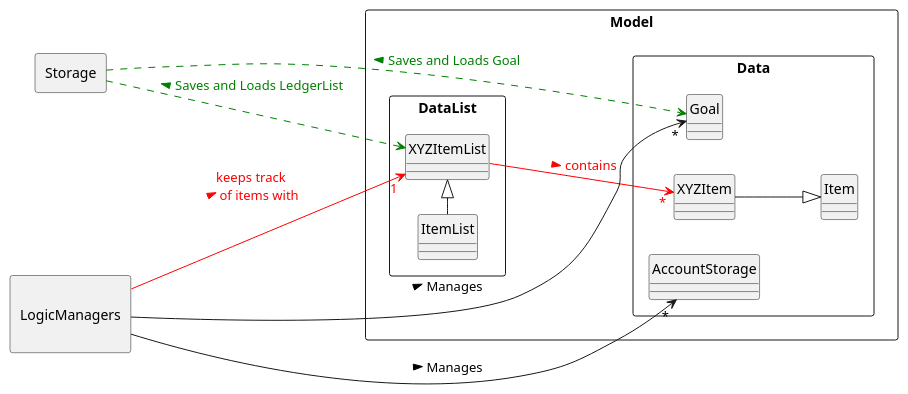
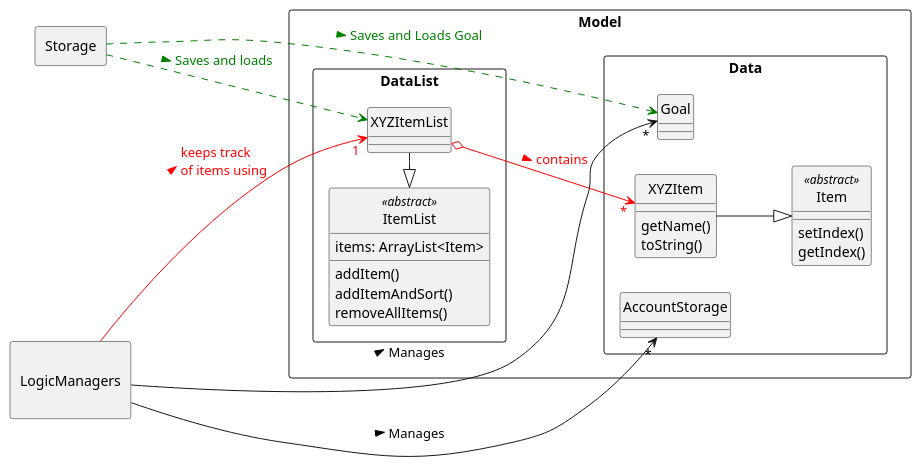
Before and after one commit to nus-cs2113-AY2021S1/tp: the diagram in docs/diagrams/design/Data_arch.puml, drawn with PlantUML. The commit also changed 5 other files, not shown here.

Commit message:
Improve UML diagrams for Logic, data, handler

```diff
--- a/docs/diagrams/design/Data_arch.puml
+++ b/docs/diagrams/design/Data_arch.puml
@@ -1,60 +1,68 @@
 @startuml
 hide circle
 skinparam classAttributeIconSize 0
 skinparam BoxPadding 50
 skinparam shadowing false
 left to right direction
 
 
 skinparam package<<Layout>> {
   borderColor Transparent
   backgroundColor Transparent
   fontColor Transparent
   stereotypeFontColor Transparent
 }
 
 rectangle Storage {
 }
 
 rectangle Model {
         rectangle Data {
 
-        class Item {
+        class Item <<abstract>> {
+            setIndex()
+            getIndex()
         }
 
         class XYZItem {
+            getName()
+            toString()
         }
 
         class AccountStorage {
         }
 
         class Goal {
         }
     }
     rectangle DataList {
 
-        class XYZItemList{
+        class XYZItemList {
         }
 
-        class ItemList{
+        class ItemList <<abstract>> {
+            items: ArrayList<Item>
+            addItem()
+            addItemAndSort()
+            removeAllItems()
         }
 
     }
 
 }
-ItemList -|> XYZItemList
+ItemList <|- XYZItemList
 XYZItem --|> Item
-XYZItemList --> "*" XYZItem #line:red;text:red : contains >
+XYZItemList o--> "*" XYZItem #line:red;text:red : contains >
 
 rectangle "       \nLogicManagers\n         " {
 }
 
 
-"       \nLogicManagers\n         " --> "1" XYZItemList #line:red;text:red : keeps track \nof items with >
+"       \nLogicManagers\n         " --> "1" XYZItemList #line:red;text:red : keeps track \nof items using >
 "       \nLogicManagers\n         " --> "*" AccountStorage : Manages >
 "       \nLogicManagers\n         " --> "*" Goal : Manages >
 
-Storage ..> XYZItemList #line:green;text:green : < Saves and Loads LedgerList
-Storage ..> Goal #line:green;text:green : < Saves and Loads Goal
+Storage ..> XYZItemList #line:green;text:green : > Saves and loads
+Storage ..> Goal #line:green;text:green : > Saves and Loads Goal
 
 @enduml
```
